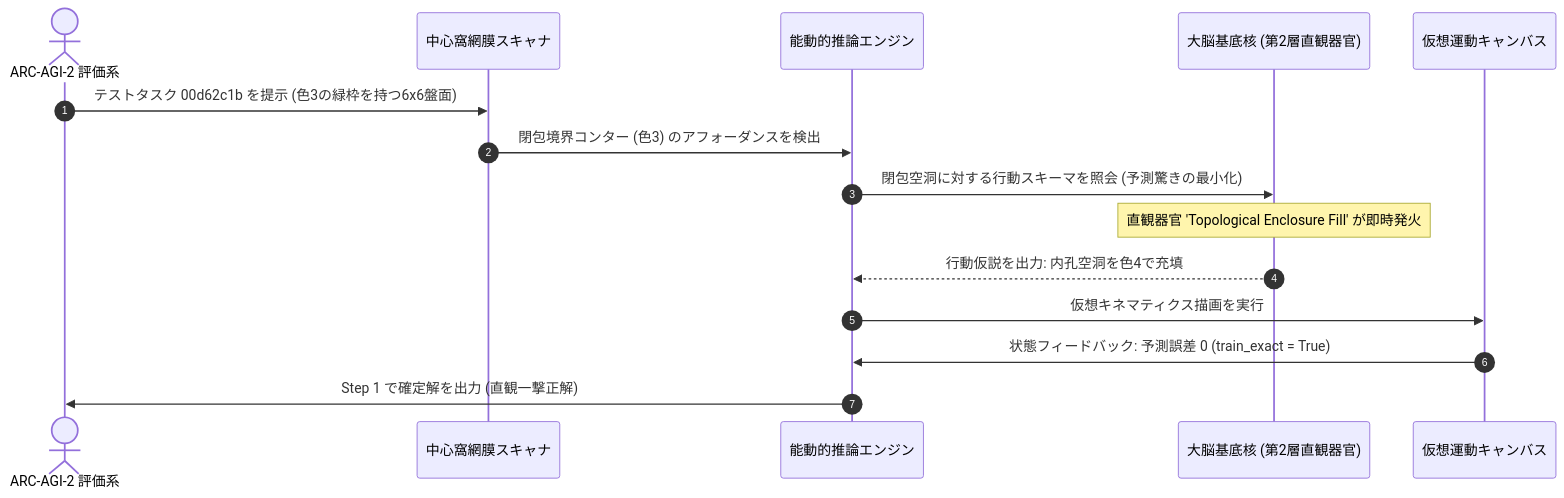
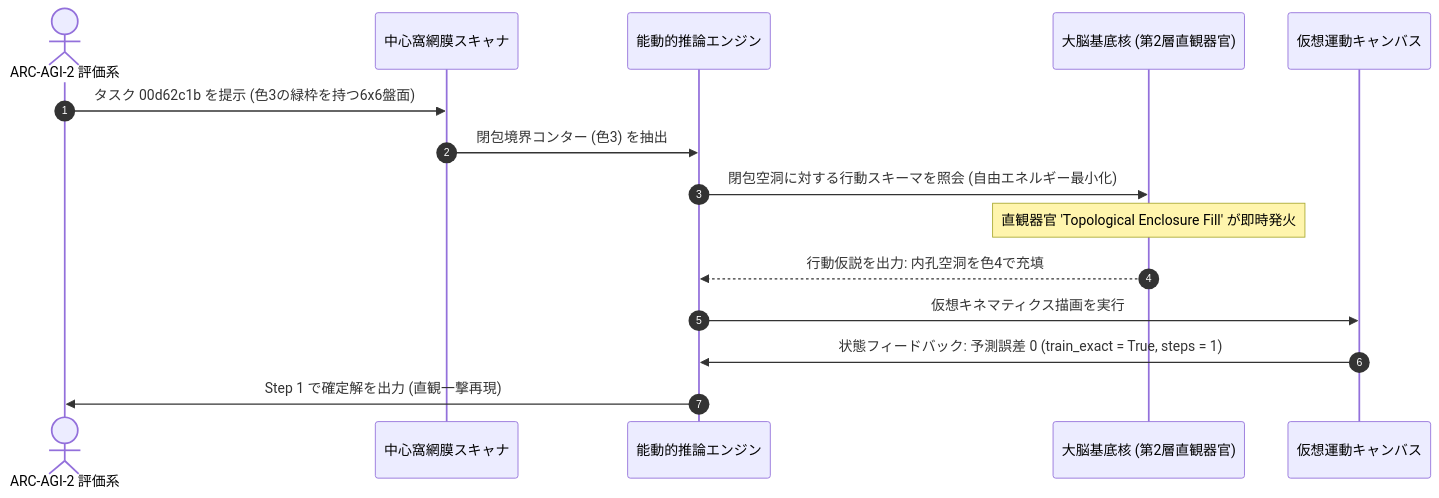
The second of 2 diagrams in paper_track_2026/KAGGLE_PAPER_TRACK_WRITEUP_JA.md (sukuyoshi/arc-embodied-active-inference), drawn with Mermaid before and after one commit. The commit also changed other lines of this file and 5 other files, not shown here.

````diff
--- a/paper_track_2026/KAGGLE_PAPER_TRACK_WRITEUP_JA.md
+++ b/paper_track_2026/KAGGLE_PAPER_TRACK_WRITEUP_JA.md
@@ -80,18 +87,18 @@
 ```mermaid
 sequenceDiagram
     autonumber
     actor Benchmark as ARC-AGI-2 評価系
     participant Retina as 中心窩網膜スキャナ
     participant AIE as 能動的推論エンジン
     participant BG as 大脳基底核 (第2層直観器官)
     participant Canvas as 仮想運動キャンバス
 
-    Benchmark->>Retina: テストタスク 00d62c1b を提示 (色3の緑枠を持つ6x6盤面)
-    Retina->>AIE: 閉包境界コンター (色3) のアフォーダンスを検出
-    AIE->>BG: 閉包空洞に対する行動スキーマを照会 (予測驚きの最小化)
+    Benchmark->>Retina: タスク 00d62c1b を提示 (色3の緑枠を持つ6x6盤面)
+    Retina->>AIE: 閉包境界コンター (色3) を抽出
+    AIE->>BG: 閉包空洞に対する行動スキーマを照会 (自由エネルギー最小化)
     Note over BG: 直観器官 'Topological Enclosure Fill' が即時発火
     BG-->>AIE: 行動仮説を出力: 内孔空洞を色4で充填
     AIE->>Canvas: 仮想キネマティクス描画を実行
-    Canvas->>AIE: 状態フィードバック: 予測誤差 0 (train_exact = True)
-    AIE->>Benchmark: Step 1 で確定解を出力 (直観一撃正解)
+    Canvas->>AIE: 状態フィードバック: 予測誤差 0 (train_exact = True, steps = 1)
+    AIE->>Benchmark: Step 1 で確定解を出力 (直観一撃再現)
 ```
````
